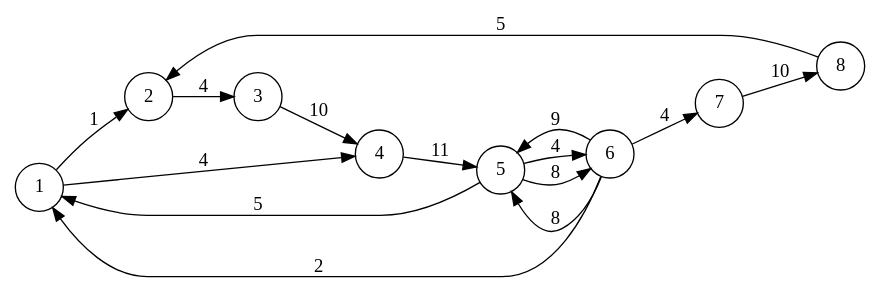
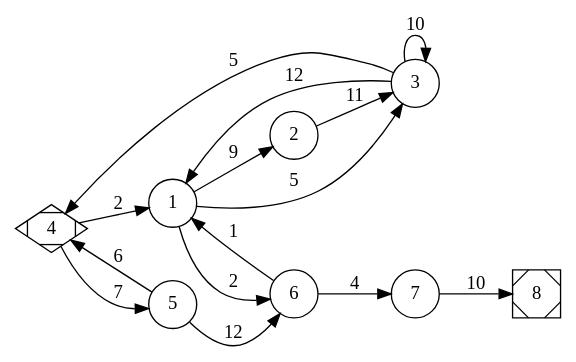
One commit to MikolajNoga/NAI changed the diagram in Zaj10/graph.dot. Above: the diagram before and after it, drawn with Graphviz. The commit also changed 4 other files, not shown here.

```diff
--- a/Zaj10/graph.dot
+++ b/Zaj10/graph.dot
@@ -1,18 +1,20 @@
 digraph path_graph {
  	rankdir=LR; 
 	node [shape = circle];
-	1 -> 2 [ label = "1" ];
-	2 -> 3 [ label = "4" ];
-	3 -> 4 [ label = "10" ];
-	4 -> 5 [ label = "11" ];
-	5 -> 6 [ label = "4" ];
+	4 [shape=Mdiamond];
+	8 [shape=Msquare];
+	1 -> 2 [ label = "9" ];
+	2 -> 3 [ label = "11" ];
+	3 -> 4 [ label = "5" ];
+	4 -> 5 [ label = "7" ];
+	5 -> 6 [ label = "12" ];
 	6 -> 7 [ label = "4" ];
 	7 -> 8 [ label = "10" ];
-	6 -> 5 [ label = "8" ];
-	8 -> 2 [ label = "5" ];
-	1 -> 4 [ label = "4" ];
-	5 -> 1 [ label = "5" ];
-	6 -> 5 [ label = "9" ];
-	6 -> 1 [ label = "2" ];
-	5 -> 6 [ label = "8" ];
+	4 -> 1 [ label = "2" ];
+	3 -> 1 [ label = "12" ];
+	5 -> 4 [ label = "6" ];
+	1 -> 6 [ label = "2" ];
+	1 -> 3 [ label = "5" ];
+	3 -> 3 [ label = "10" ];
+	6 -> 1 [ label = "1" ];
 }
```
